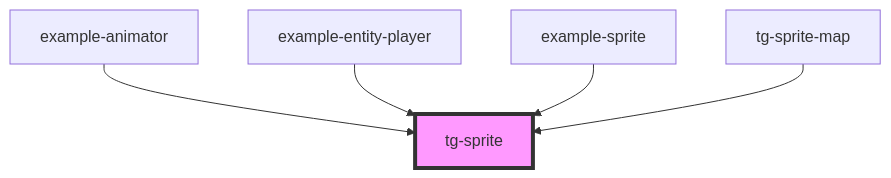
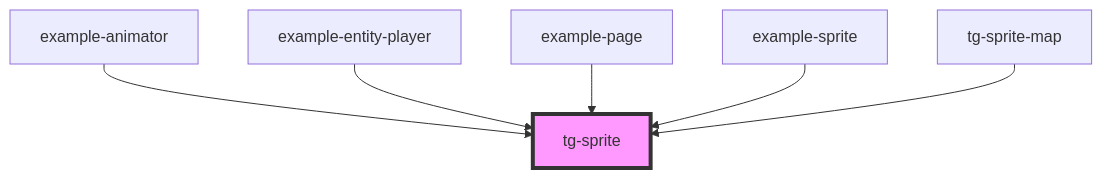
Before and after one commit to Scan0815/tg-engine: the diagram in src/components/engine/tg-sprite/readme.md, drawn with Mermaid. The commit also changed other lines of this file and 12 other files, not shown here.

````diff
--- a/src/components/engine/tg-sprite/readme.md
+++ b/src/components/engine/tg-sprite/readme.md
@@ -38,8 +39,9 @@
 ```mermaid
 graph TD;
   example-animator --> tg-sprite
   example-entity-player --> tg-sprite
+  example-page --> tg-sprite
   example-sprite --> tg-sprite
   tg-sprite-map --> tg-sprite
   style tg-sprite fill:#f9f,stroke:#333,stroke-width:4px
 ```
````
